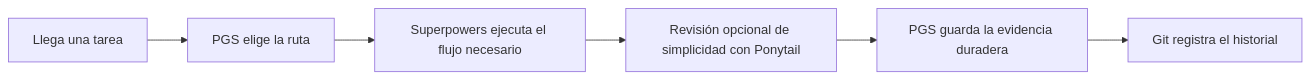
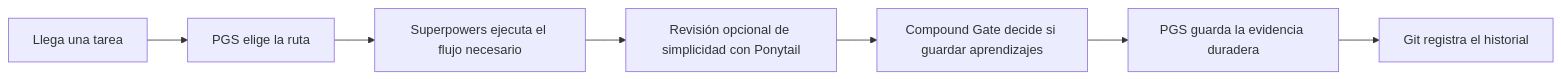
The first of 2 diagrams in README.es.md (PieAIStudio/ProjectGovernanceSystem), drawn with Mermaid before and after one commit. The commit also changed other lines of this file and 11 other files, not shown here.

First line of the commit message:
Align public docs with Compound Gate

````diff
--- a/README.es.md
+++ b/README.es.md
@@ -64,8 +66,9 @@
 ```mermaid
 flowchart LR
   A["Llega una tarea"] --> B["PGS elige la ruta"]
   B --> C["Superpowers ejecuta el flujo necesario"]
   C --> D["Revisión opcional de simplicidad con Ponytail"]
-  D --> E["PGS guarda la evidencia duradera"]
-  E --> F["Git registra el historial"]
+  D --> E["Compound Gate decide si guardar aprendizajes"]
+  E --> F["PGS guarda la evidencia duradera"]
+  F --> G["Git registra el historial"]
 ```
````
